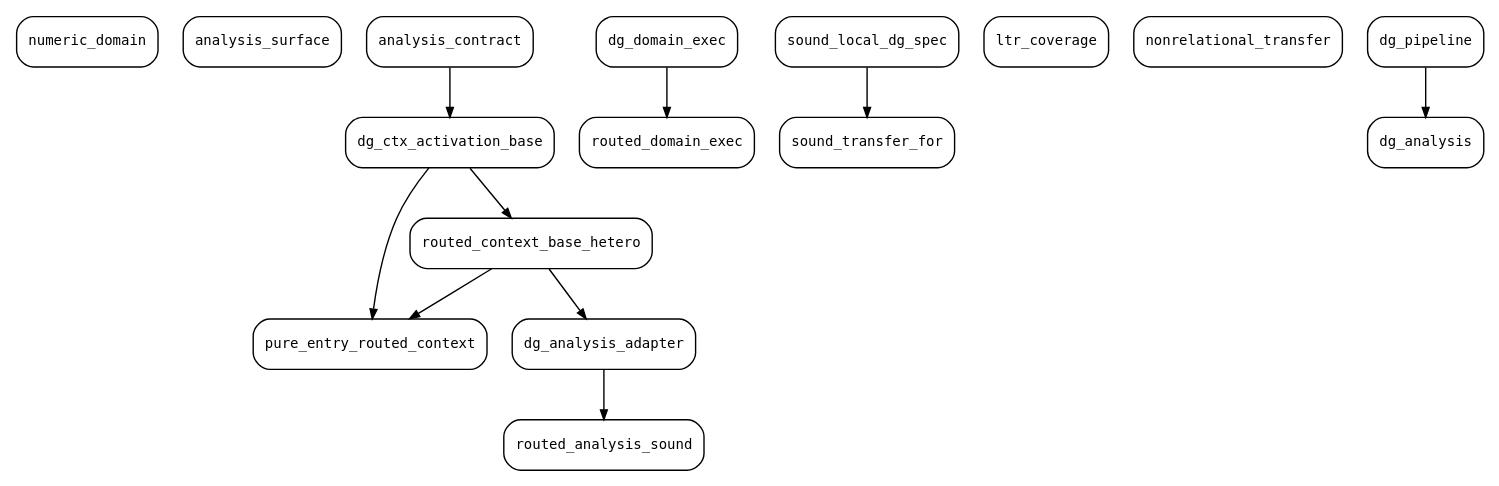
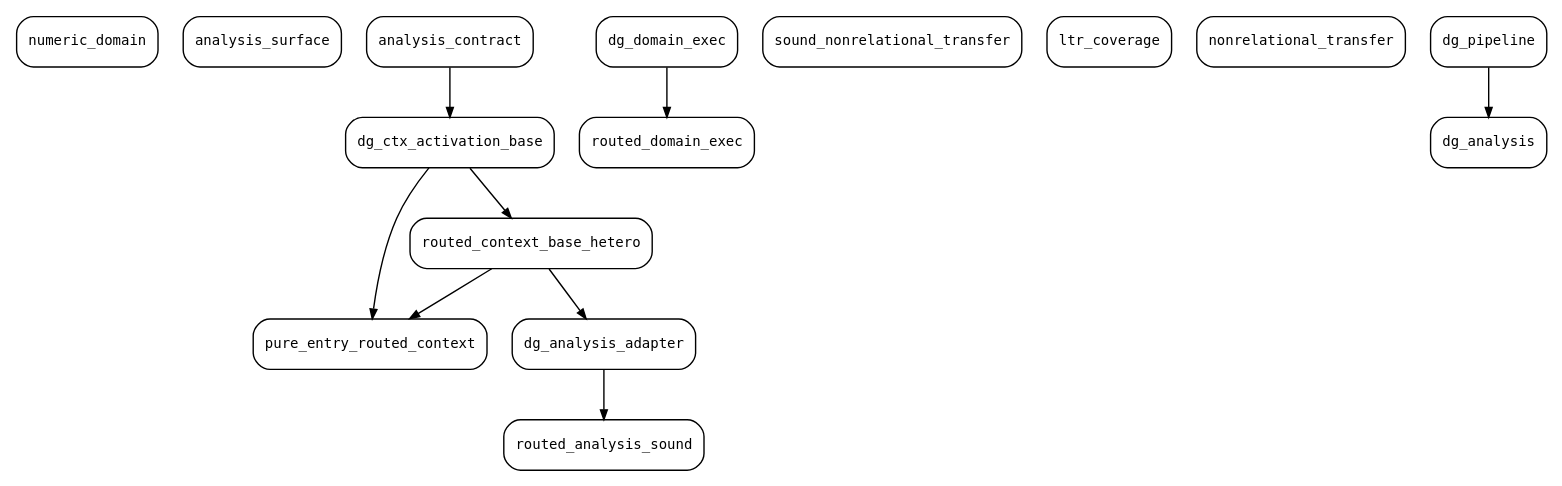
One commit to ManuelLerchner/Voblint-Verification-Master-Thesis changed the diagram in thesis/shared/dot/locale_deps.dot. Above: the diagram before and after it, drawn with Graphviz. The commit also changed 11 other files, not shown here.

First line of the commit message:
refactor(cooperation): name the local-analysis interface local_spec

```diff
--- a/thesis/shared/dot/locale_deps.dot
+++ b/thesis/shared/dot/locale_deps.dot
@@ -1,29 +1,27 @@
 digraph locales {
   rankdir=TB;
   edge [arrowsize=0.7];
   "numeric_domain" [shape=box, style=rounded, fontname="DejaVu Sans Mono", fontsize=10];
   "analysis_surface" [shape=box, style=rounded, fontname="DejaVu Sans Mono", fontsize=10];
   "dg_analysis_adapter" [shape=box, style=rounded, fontname="DejaVu Sans Mono", fontsize=10];
   "dg_ctx_activation_base" [shape=box, style=rounded, fontname="DejaVu Sans Mono", fontsize=10];
   "dg_domain_exec" [shape=box, style=rounded, fontname="DejaVu Sans Mono", fontsize=10];
-  "sound_transfer_for" [shape=box, style=rounded, fontname="DejaVu Sans Mono", fontsize=10];
+  "sound_nonrelational_transfer" [shape=box, style=rounded, fontname="DejaVu Sans Mono", fontsize=10];
   "analysis_contract" [shape=box, style=rounded, fontname="DejaVu Sans Mono", fontsize=10];
-  "sound_local_dg_spec" [shape=box, style=rounded, fontname="DejaVu Sans Mono", fontsize=10];
   "pure_entry_routed_context" [shape=box, style=rounded, fontname="DejaVu Sans Mono", fontsize=10];
   "ltr_coverage" [shape=box, style=rounded, fontname="DejaVu Sans Mono", fontsize=10];
   "nonrelational_transfer" [shape=box, style=rounded, fontname="DejaVu Sans Mono", fontsize=10];
   "routed_analysis_sound" [shape=box, style=rounded, fontname="DejaVu Sans Mono", fontsize=10];
   "routed_context_base_hetero" [shape=box, style=rounded, fontname="DejaVu Sans Mono", fontsize=10];
   "dg_analysis" [shape=box, style=rounded, fontname="DejaVu Sans Mono", fontsize=10];
   "dg_pipeline" [shape=box, style=rounded, fontname="DejaVu Sans Mono", fontsize=10];
   "routed_domain_exec" [shape=box, style=rounded, fontname="DejaVu Sans Mono", fontsize=10];
   "routed_context_base_hetero" -> "dg_analysis_adapter";
   "analysis_contract" -> "dg_ctx_activation_base";
-  "sound_local_dg_spec" -> "sound_transfer_for";
   "routed_context_base_hetero" -> "pure_entry_routed_context";
   "dg_ctx_activation_base" -> "pure_entry_routed_context";
   "dg_analysis_adapter" -> "routed_analysis_sound";
   "dg_ctx_activation_base" -> "routed_context_base_hetero";
   "dg_pipeline" -> "dg_analysis";
   "dg_domain_exec" -> "routed_domain_exec";
 }
```
